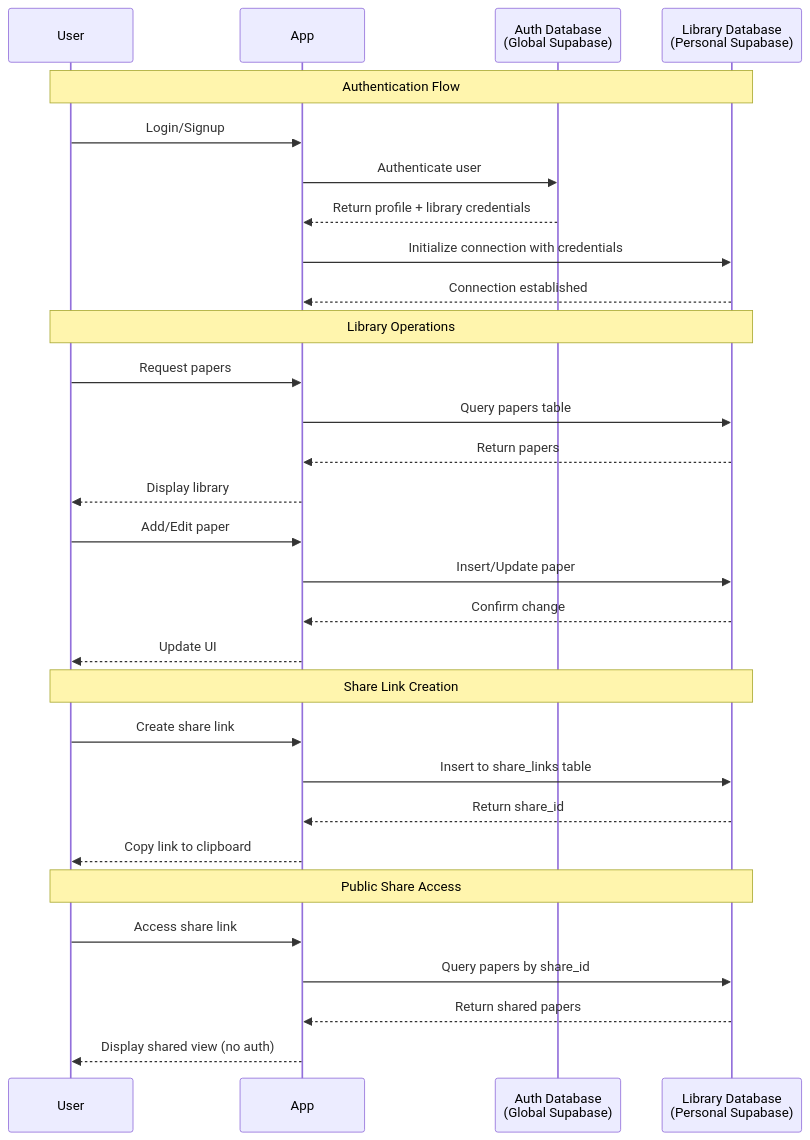
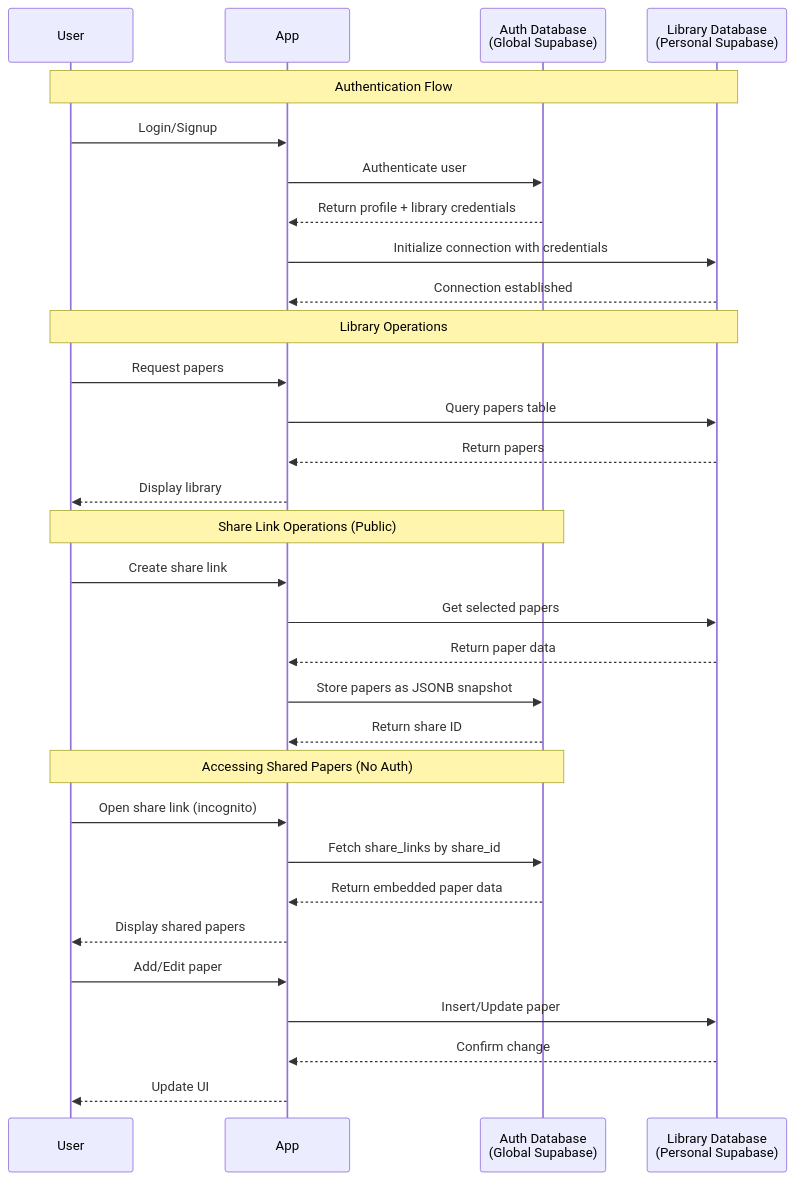
Before and after one commit to CoolandHot/Nexus-research-library-manager: the diagram in README.md, drawn with Mermaid. The commit also changed other lines of this file and 4 other files, not shown here.

````diff
--- a/README.md
+++ b/README.md
@@ -41,37 +39,38 @@
 ```mermaid
 sequenceDiagram
     participant User
     participant App
     participant AuthDB as Auth Database<br/>(Global Supabase)
     participant LibDB as Library Database<br/>(Personal Supabase)
 
     Note over User,LibDB: Authentication Flow
     User->>App: Login/Signup
     App->>AuthDB: Authenticate user
     AuthDB-->>App: Return profile + library credentials
     App->>LibDB: Initialize connection with credentials
     LibDB-->>App: Connection established
     
     Note over User,LibDB: Library Operations
     User->>App: Request papers
     App->>LibDB: Query papers table
     LibDB-->>App: Return papers
     App-->>User: Display library
     
+    Note over User,AuthDB: Share Link Operations (Public)
+    User->>App: Create share link
+    App->>LibDB: Get selected papers
+    LibDB-->>App: Return paper data
+    App->>AuthDB: Store papers as JSONB snapshot
+    AuthDB-->>App: Return share ID
+    
+    Note over User,AuthDB: Accessing Shared Papers (No Auth)
+    User->>App: Open share link (incognito)
+    App->>AuthDB: Fetch share_links by share_id
+    AuthDB-->>App: Return embedded paper data
+    App-->>User: Display shared papers
+    
     User->>App: Add/Edit paper
     App->>LibDB: Insert/Update paper
     LibDB-->>App: Confirm change
     App-->>User: Update UI
-    
-    Note over User,LibDB: Share Link Creation
-    User->>App: Create share link
-    App->>LibDB: Insert to share_links table
-    LibDB-->>App: Return share_id
-    App-->>User: Copy link to clipboard
-    
-    Note over User,LibDB: Public Share Access
-    User->>App: Access share link
-    App->>LibDB: Query papers by share_id
-    LibDB-->>App: Return shared papers
-    App-->>User: Display shared view (no auth)
 ```
````
